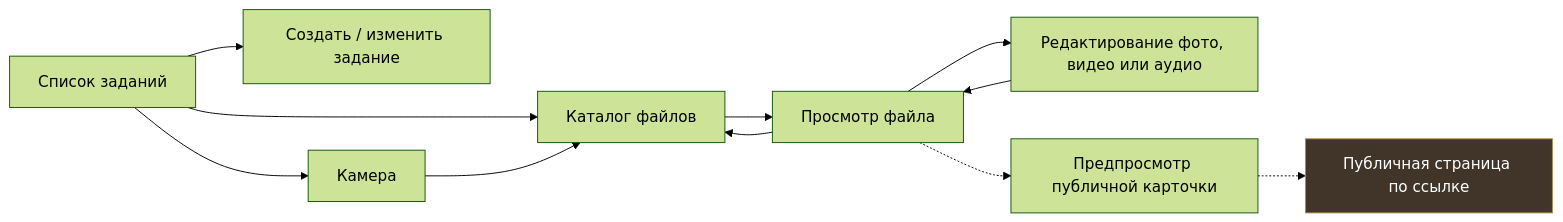
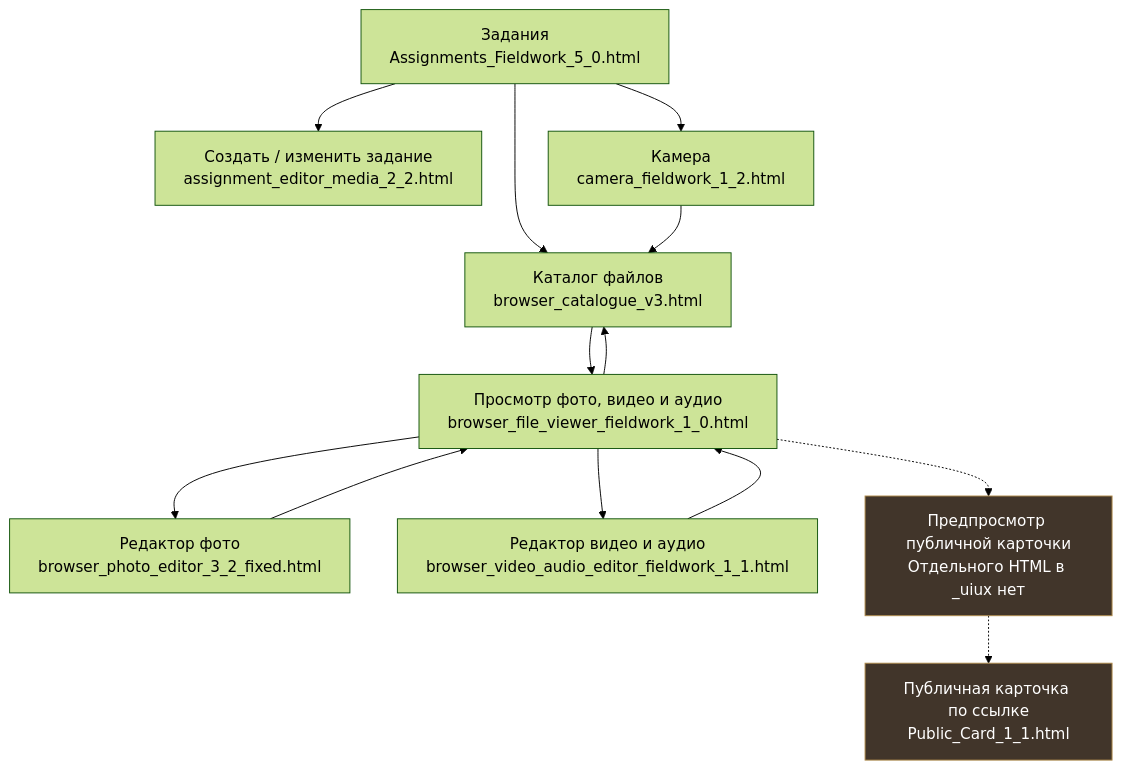
The second of 3 diagrams in docs/ux-integration/VISUAL-MAP.md (1troitsky/photobunker-v3), drawn with Mermaid (forest theme) before and after one commit. The commit also changed other lines of this file, not shown here.

Commit message:
docs(ux): attach exact docs/_uiux HTML filenames to each visual map screen

````diff
--- a/docs/ux-integration/VISUAL-MAP.md
+++ b/docs/ux-integration/VISUAL-MAP.md
@@ -38,17 +40,18 @@
 ```mermaid
-flowchart LR
-  tasks["Список заданий"] --> taskedit["Создать / изменить задание"]
-  tasks --> camera["Камера"]
-  tasks --> browser["Каталог файлов"]
+flowchart TB
+  tasks["Задания<br/>Assignments_Fieldwork_5_0.html"] --> taskedit["Создать / изменить задание<br/>assignment_editor_media_2_2.html"]
+  tasks --> camera["Камера<br/>camera_fieldwork_1_2.html"]
+  tasks --> browser["Каталог файлов<br/>browser_catalogue_v3.html"]
   camera --> browser
-  browser --> viewer["Просмотр файла"]
-  viewer --> editor["Редактирование фото, видео или аудио"]
-  editor --> viewer
+  browser --> viewer["Просмотр фото, видео и аудио<br/>browser_file_viewer_fieldwork_1_0.html"]
+  viewer --> photoeditor["Редактор фото<br/>browser_photo_editor_3_2_fixed.html"]
+  viewer --> mediaeditor["Редактор видео и аудио<br/>browser_video_audio_editor_fieldwork_1_1.html"]
+  photoeditor --> viewer
+  mediaeditor --> viewer
   viewer --> browser
-
-  viewer -.-> preview["Предпросмотр публичной карточки"]
-  preview -.-> public["Публичная страница по ссылке"]
+  viewer -.-> preview["Предпросмотр публичной карточки<br/>Отдельного HTML в _uiux нет"]
+  preview -.-> public["Публичная карточка по ссылке<br/>Public_Card_1_1.html"]
 
   classDef pending fill:#41352a,stroke:#b08b4c,color:#ffffff
-  class public pending
+  class preview,public pending
 ```
````
